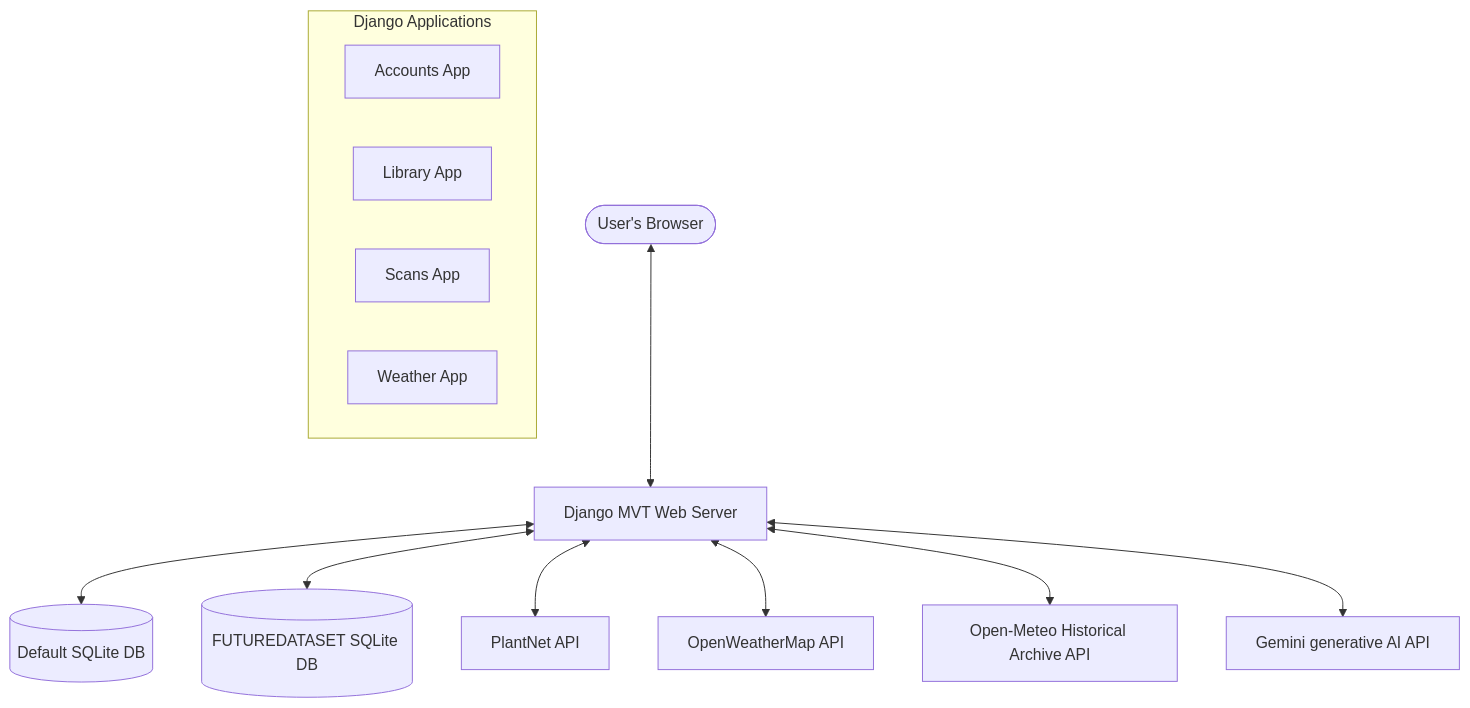
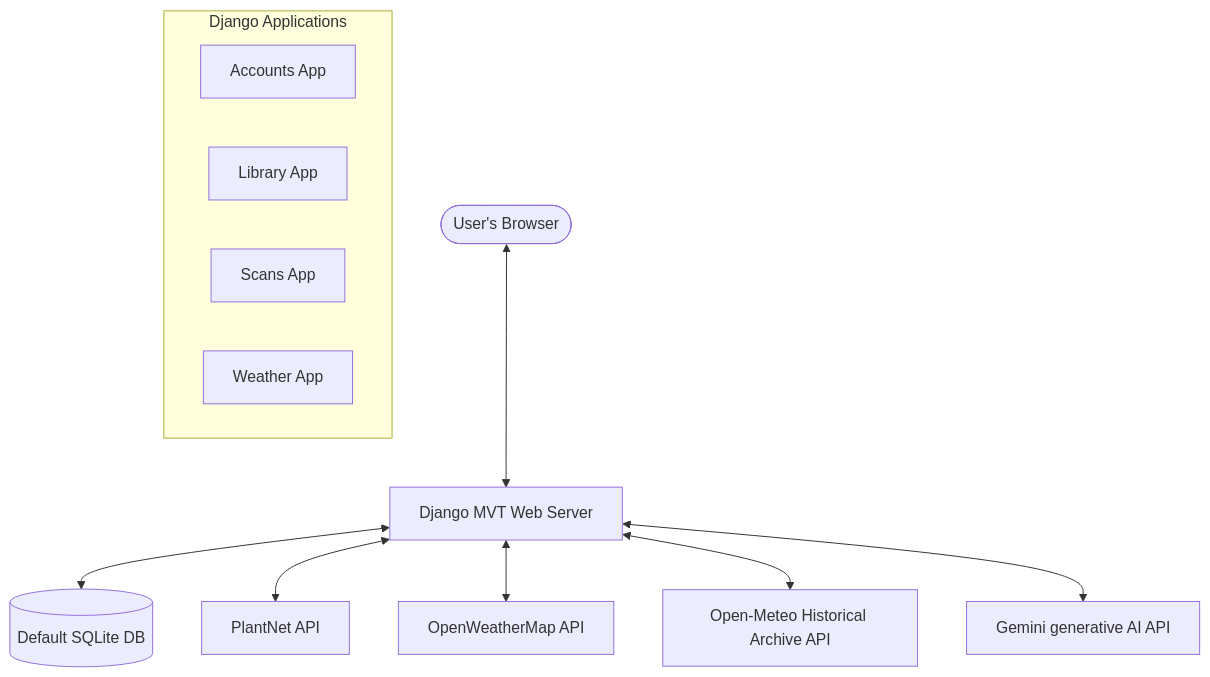
The diagram in README.md (Krishbambharoliya/Plant-care-AI), drawn with Mermaid before and after one commit. The commit also changed other lines of this file and 48 other files, not shown here.

````diff
--- a/README.md
+++ b/README.md
@@ -11,17 +11,16 @@
 ```mermaid
 graph TD
     User([User's Browser]) <--> DjangoApp[Django MVT Web Server]
     DjangoApp <--> DB_Default[(Default SQLite DB)]
-    DjangoApp <--> DB_Future[(FUTUREDATASET SQLite DB)]
     DjangoApp <--> PlantNet[PlantNet API]
     DjangoApp <--> OpenWeather[OpenWeatherMap API]
     DjangoApp <--> OpenMeteo[Open-Meteo Historical Archive API]
     DjangoApp <--> Gemini[Gemini generative AI API]
     
     subgraph Django Applications
         accounts[Accounts App]
         library[Library App]
         scans[Scans App]
         weather[Weather App]
     end
 ```
````
